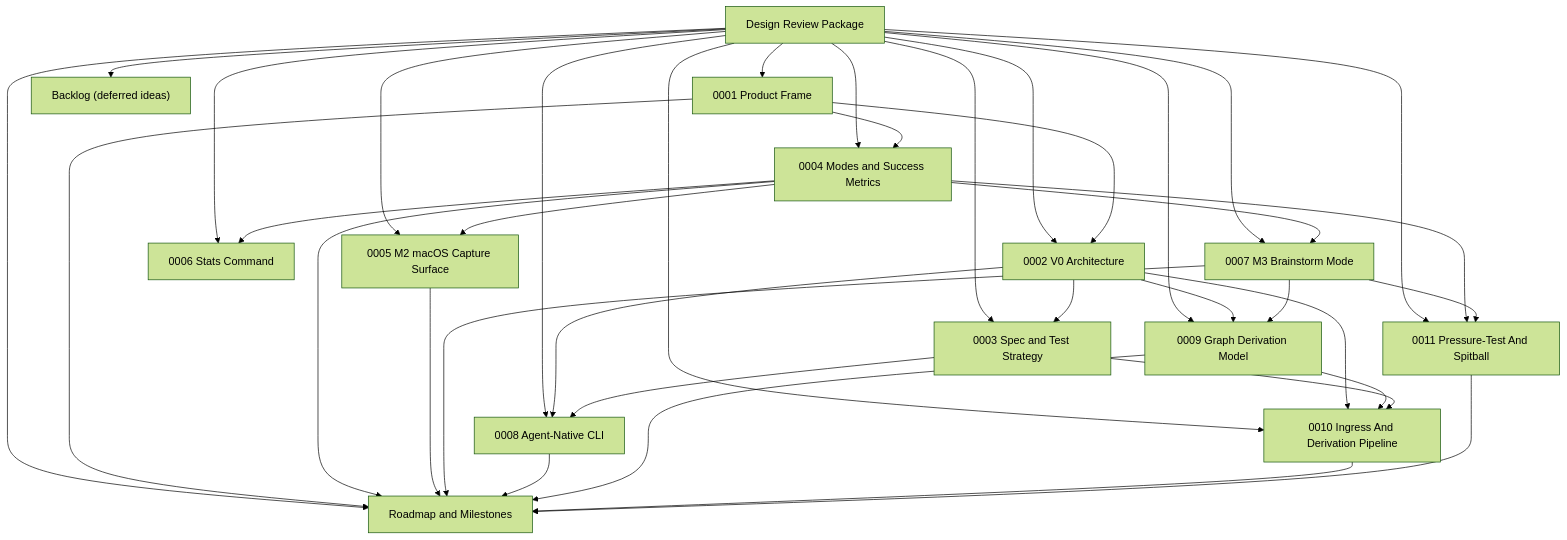
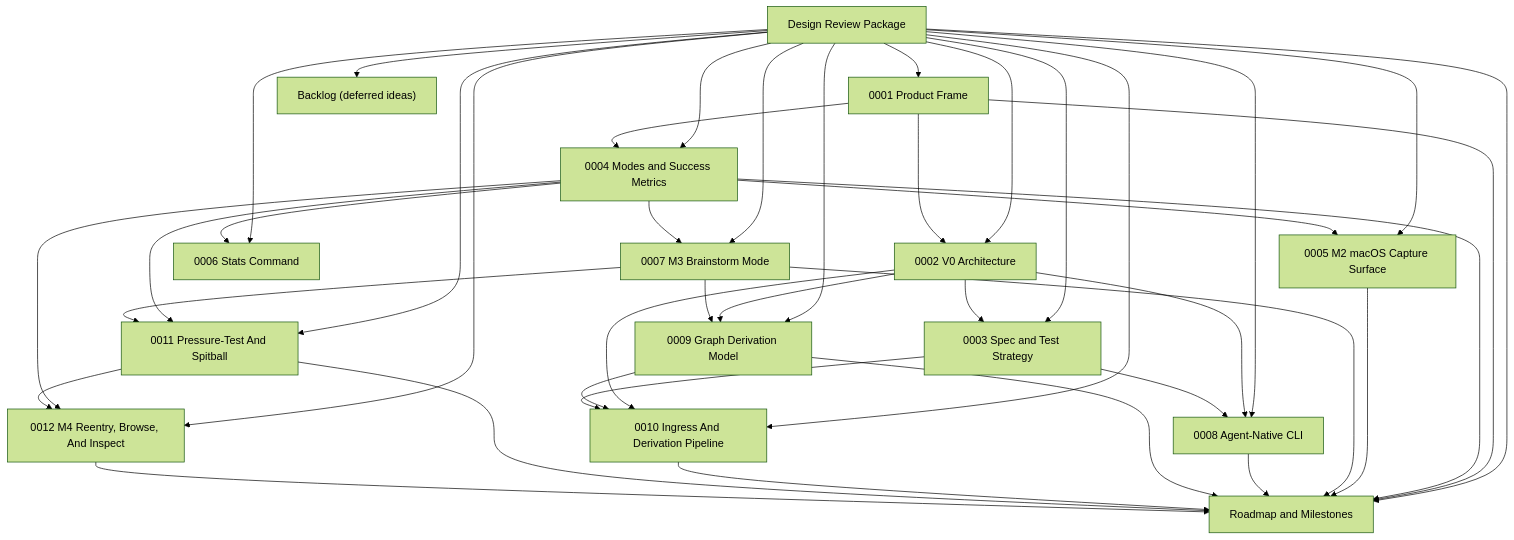
The diagram in docs/design/README.md (flyingrobots/think), drawn with Mermaid (forest theme) before and after one commit. The commit also changed other lines of this file and 2 other files, not shown here.

````diff
--- a/docs/design/README.md
+++ b/docs/design/README.md
@@ -40,39 +41,43 @@
 ```mermaid
 flowchart TD
     R["Design Review Package"] --> P["0001 Product Frame"]
     R --> A["0002 V0 Architecture"]
     R --> T["0003 Spec and Test Strategy"]
     R --> M["0004 Modes and Success Metrics"]
     R --> M2["0005 M2 macOS Capture Surface"]
     R --> S["0006 Stats Command"]
     R --> B3["0007 M3 Brainstorm Mode"]
     R --> A8["0008 Agent-Native CLI"]
     R --> G9["0009 Graph Derivation Model"]
     R --> P10["0010 Ingress And Derivation Pipeline"]
     R --> P11["0011 Pressure-Test And Spitball"]
+    R --> P12["0012 M4 Reentry, Browse, And Inspect"]
     R --> RD["Roadmap and Milestones"]
     R --> BL["Backlog (deferred ideas)"]
     P --> A
     P --> M
     A --> T
     P --> RD
     M --> RD
     M --> M2
     M --> S
     M --> B3
     A --> A8
     A --> G9
     A --> P10
     M --> P11
+    M --> P12
     B3 --> G9
     B3 --> P11
+    P11 --> P12
     G9 --> P10
     T --> A8
     T --> P10
     M2 --> RD
     B3 --> RD
     A8 --> RD
     G9 --> RD
     P10 --> RD
     P11 --> RD
+    P12 --> RD
 ```
````
